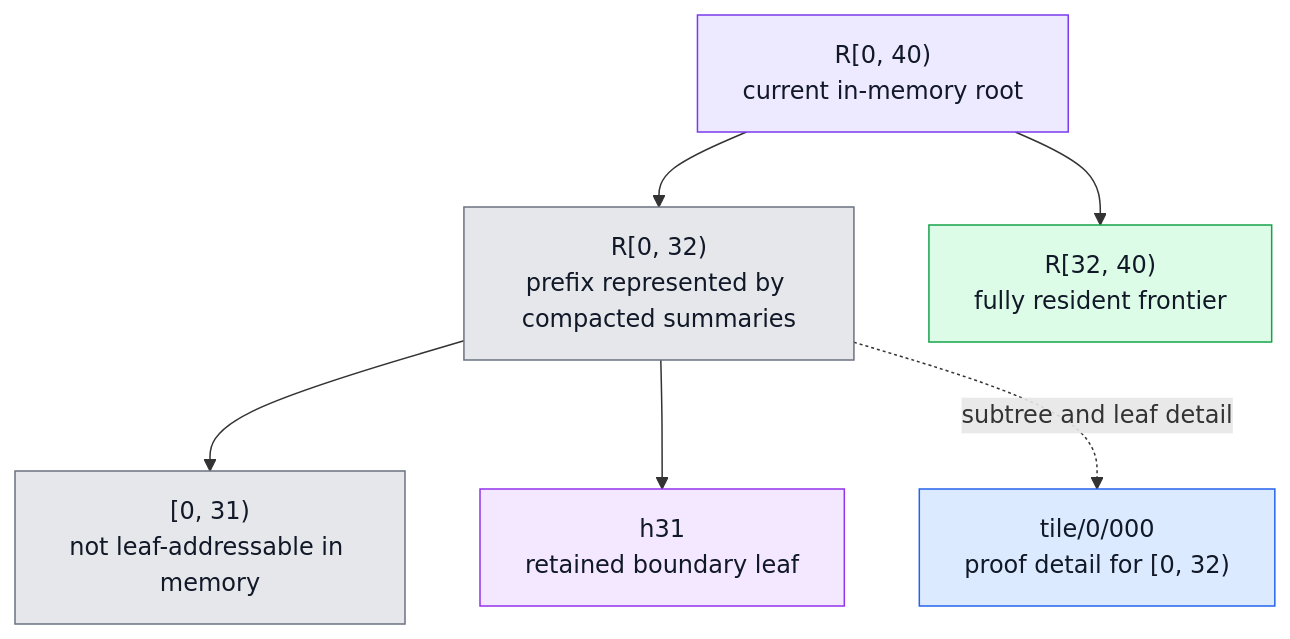
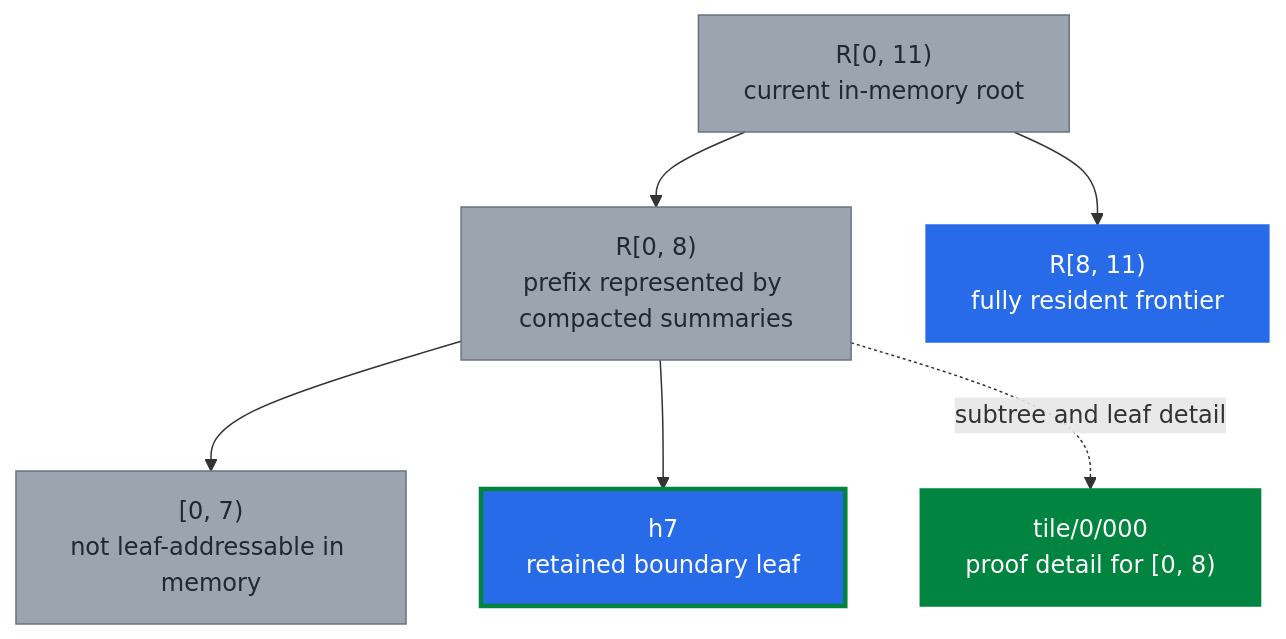
The ninth of 20 diagrams in doc/tiles-illustrated.rst (microsoft/merklecpp), drawn with Mermaid before and after one commit. The commit also changed other lines of this file, not shown here.

First line of the commit message:
Align illustrated guide with proof atlas

```diff
--- a/doc/tiles-illustrated.rst
+++ b/doc/tiles-illustrated.rst
@@ -313,21 +311,21 @@
 .. mermaid::
 
    flowchart TB
-     R["R[0, 40)<br/>current in-memory root"]:::computed
-     P["R[0, 32)<br/>prefix represented by compacted summaries"]:::summary
-     C["[0, 31)<br/>not leaf-addressable in memory"]:::summary
-     B["h31<br/>retained boundary leaf"]:::both
-     M["R[32, 40)<br/>fully resident frontier"]:::memory
-     T["tile/0/000<br/>proof detail for [0, 32)"]:::tile
+     R["R[0, 11)<br/>current in-memory root"]:::computed
+     P["R[0, 8)<br/>prefix represented by compacted summaries"]:::summary
+     C["[0, 7)<br/>not leaf-addressable in memory"]:::summary
+     B["h7<br/>retained boundary leaf"]:::both
+     M["R[8, 11)<br/>fully resident frontier"]:::memory
+     T["tile/0/000<br/>proof detail for [0, 8)"]:::tile
 
      R --> P
      P --> C
      P --> B
      R --> M
      P -.->|subtree and leaf detail| T
 
-     classDef tile fill:#dbeafe,stroke:#2563eb,color:#111827
-     classDef memory fill:#dcfce7,stroke:#16a34a,color:#111827
-     classDef both fill:#f3e8ff,stroke:#9333ea,color:#111827
-     classDef summary fill:#e5e7eb,stroke:#6b7280,color:#111827
-     classDef computed fill:#ede9fe,stroke:#7c3aed,color:#111827
+     classDef tile fill:#00843f,stroke:#00843f,color:#ffffff
+     classDef memory fill:#276be9,stroke:#276be9,color:#ffffff
+     classDef both fill:#276be9,stroke:#00843f,stroke-width:3px,color:#ffffff
+     classDef summary fill:#9ca4af,stroke:#677384,color:#222832
+     classDef computed fill:#9ca4af,stroke:#677384,color:#222832
```
